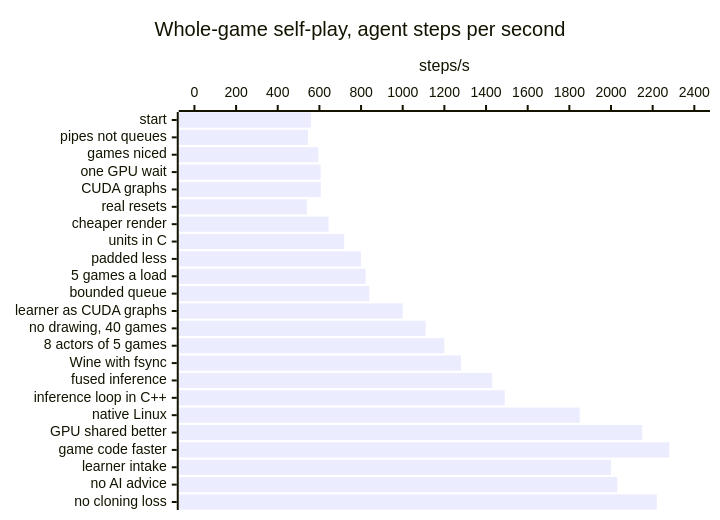
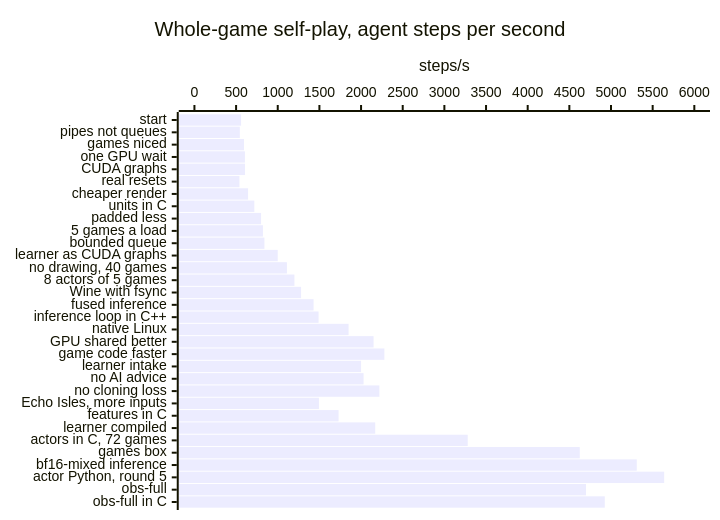
One commit to RobinKa/warcraftsim changed the first of 2 diagrams in docs/optimizations.md. Above: the diagram before and after it, drawn with Mermaid. The commit also changed other lines of this file and 6 other files, not shown here.

First line of the commit message:
Docs: optimizations, architecture and model brought up to date; the speed limit corrected

````diff
--- a/docs/optimizations.md
+++ b/docs/optimizations.md
@@ -9,7 +9,7 @@
 ```mermaid
 xychart-beta horizontal
   title "Whole-game self-play, agent steps per second"
-  x-axis ["start", "pipes not queues", "games niced", "one GPU wait", "CUDA graphs", "real resets", "cheaper render", "units in C", "padded less", "5 games a load", "bounded queue", "learner as CUDA graphs", "no drawing, 40 games", "8 actors of 5 games", "Wine with fsync", "fused inference", "inference loop in C++", "native Linux", "GPU shared better", "game code faster", "learner intake", "no AI advice", "no cloning loss"]
-  y-axis "steps/s" 0 --> 2400
-  bar [560, 545, 595, 606, 607, 540, 644, 719, 800, 822, 840, 1000, 1110, 1200, 1280, 1430, 1490, 1850, 2150, 2280, 2000, 2030, 2220]
+  x-axis ["start", "pipes not queues", "games niced", "one GPU wait", "CUDA graphs", "real resets", "cheaper render", "units in C", "padded less", "5 games a load", "bounded queue", "learner as CUDA graphs", "no drawing, 40 games", "8 actors of 5 games", "Wine with fsync", "fused inference", "inference loop in C++", "native Linux", "GPU shared better", "game code faster", "learner intake", "no AI advice", "no cloning loss", "Echo Isles, more inputs", "features in C", "learner compiled", "actors in C, 72 games", "games box", "bf16-mixed inference", "actor Python, round 5", "obs-full", "obs-full in C"]
+  y-axis "steps/s" 0 --> 6000
+  bar [560, 545, 595, 606, 607, 540, 644, 719, 800, 822, 840, 1000, 1110, 1200, 1280, 1430, 1490, 1850, 2150, 2280, 2000, 2030, 2220, 1494, 1730, 2170, 3280, 4625, 5309, 5638, 4700, 4925]
 ```
````
